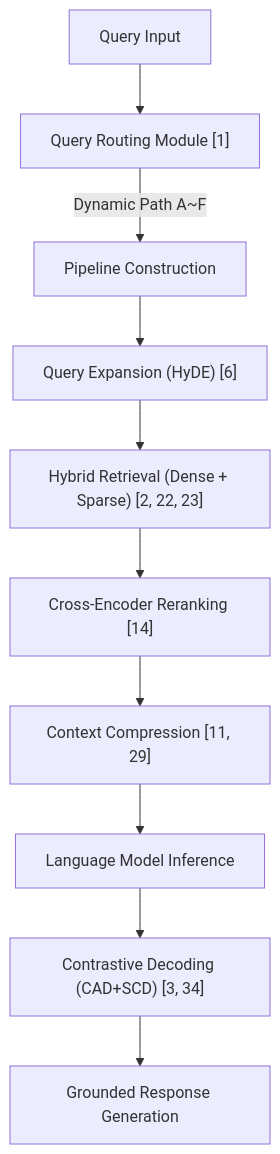
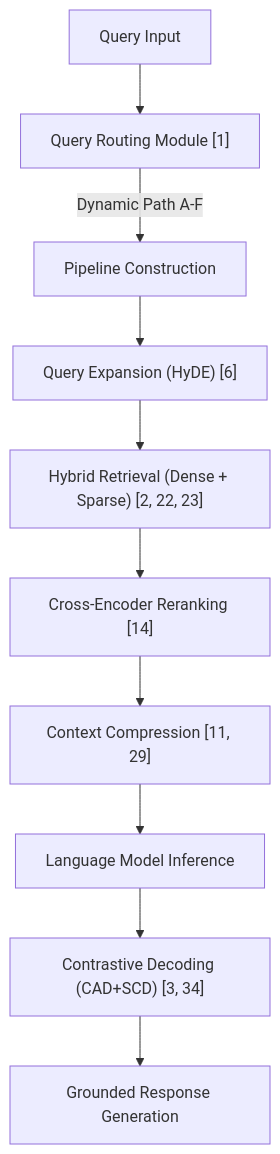
One commit to LxNx-Hn/M_RAG changed the diagram in docs/PAPER/THESIS.md. Above: the diagram before and after it, drawn with Mermaid. The commit also changed other lines of this file and 14 other files, not shown here.

````diff
--- a/docs/PAPER/THESIS.md
+++ b/docs/PAPER/THESIS.md
@@ -191,12 +192,12 @@
 ```mermaid
 flowchart TD
     Q["Query Input"] --> Router["Query Routing Module [1]"]
-    Router --> |Dynamic Path A~F| Pipeline["Pipeline Construction"]
+    Router --> |Dynamic Path A-F| Pipeline["Pipeline Construction"]
     Pipeline --> Expand["Query Expansion (HyDE) [6]"]
     Expand --> Retrieve["Hybrid Retrieval (Dense + Sparse) [2, 22, 23]"]
     Retrieve --> Rerank["Cross-Encoder Reranking [14]"]
     Rerank --> Compress["Context Compression [11, 29]"]
     Compress --> Gen["Language Model Inference"]
     Gen --> Decode["Contrastive Decoding (CAD+SCD) [3, 34]"]
     Decode --> Out["Grounded Response Generation"]
 ```
````
